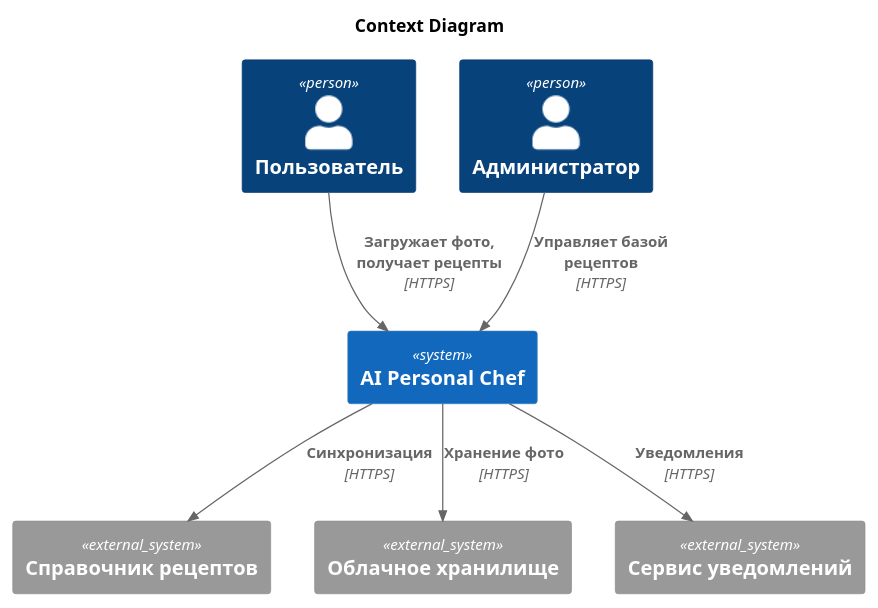
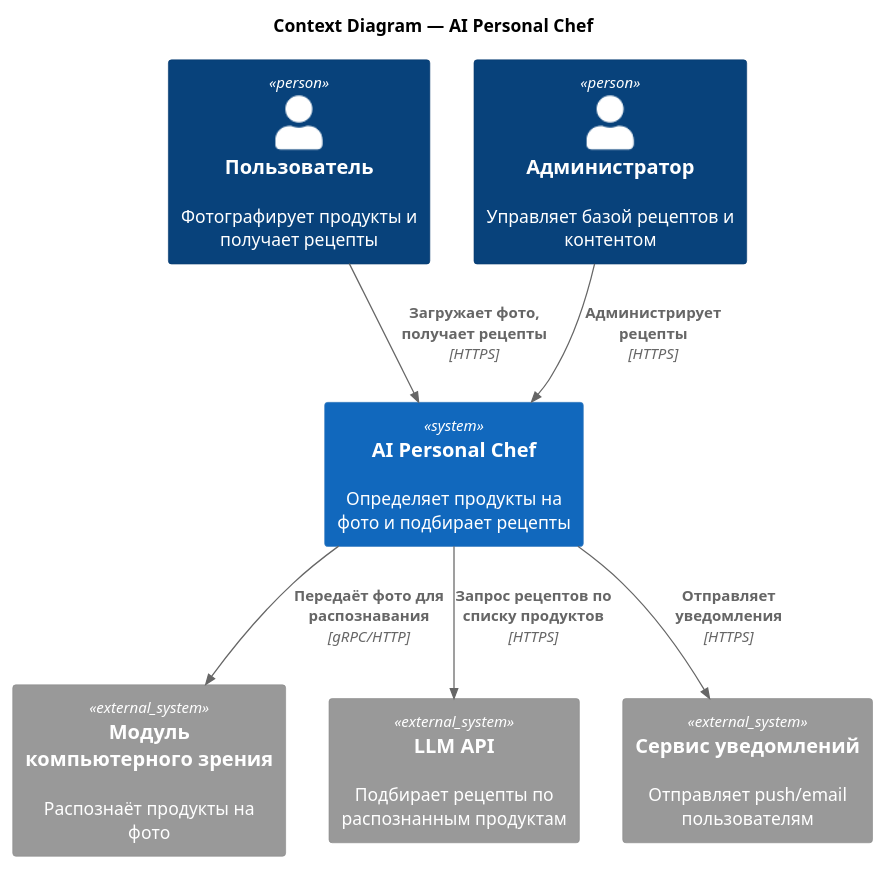
One commit to vstu-sii/bachelor-2025-team-deep-logic changed the diagram in docs/architecture/context.puml. Above: the diagram before and after it, drawn with PlantUML.

```diff
--- a/docs/architecture/context.puml
+++ b/docs/architecture/context.puml
@@ -1,26 +1,25 @@
 @startuml
-!include https://raw.githubusercontent.com/plantuml-stdlib/C4-PlantUML/master/C4_Context.puml
+!includeurl https://raw.githubusercontent.com/plantuml-stdlib/C4-PlantUML/master/C4_Context.puml
 
-title Context Diagram
-
+title Context Diagram — AI Personal Chef
 
 ' --- Пользователи ---
-Person(user, "Пользователь")
-Person(admin, "Администратор")
+Person(user, "Пользователь", "Фотографирует продукты и получает рецепты")
+Person(admin, "Администратор", "Управляет базой рецептов и контентом")
 
 ' --- Центральная система ---
-System(aiChef, "AI Personal Chef")
+System(aiChef, "AI Personal Chef", "Определяет продукты на фото и подбирает рецепты")
 
 ' --- Внешние системы ---
-System_Ext(extRecipes, "Справочник рецептов")
-System_Ext(extStorage, "Облачное хранилище")
-System_Ext(extNotify, "Сервис уведомлений")
+System_Ext(cvModule, "Модуль компьютерного зрения", "Распознаёт продукты на фото")
+System_Ext(llm, "LLM API", "Подбирает рецепты по распознанным продуктам")
+System_Ext(notify, "Сервис уведомлений", "Отправляет push/email пользователям")
 
 ' --- Связи ---
 Rel(user, aiChef, "Загружает фото, получает рецепты", "HTTPS")
-Rel(admin, aiChef, "Управляет базой рецептов", "HTTPS")
-Rel(aiChef, extRecipes, "Синхронизация", "HTTPS")
-Rel(aiChef, extStorage, "Хранение фото", "HTTPS")
-Rel(aiChef, extNotify, "Уведомления", "HTTPS")
+Rel(admin, aiChef, "Администрирует рецепты", "HTTPS")
+Rel(aiChef, cvModule, "Передаёт фото для распознавания", "gRPC/HTTP")
+Rel(aiChef, llm, "Запрос рецептов по списку продуктов", "HTTPS")
+Rel(aiChef, notify, "Отправляет уведомления", "HTTPS")
 
 @enduml
```
